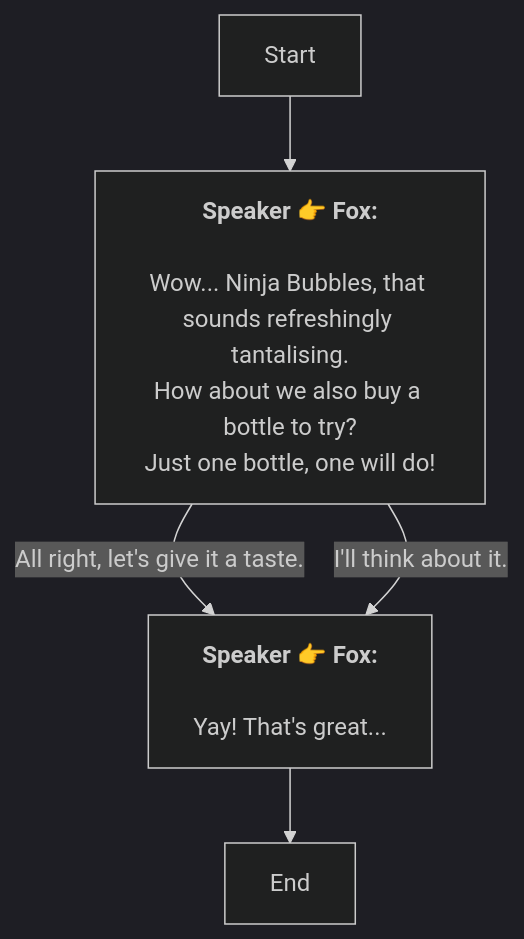
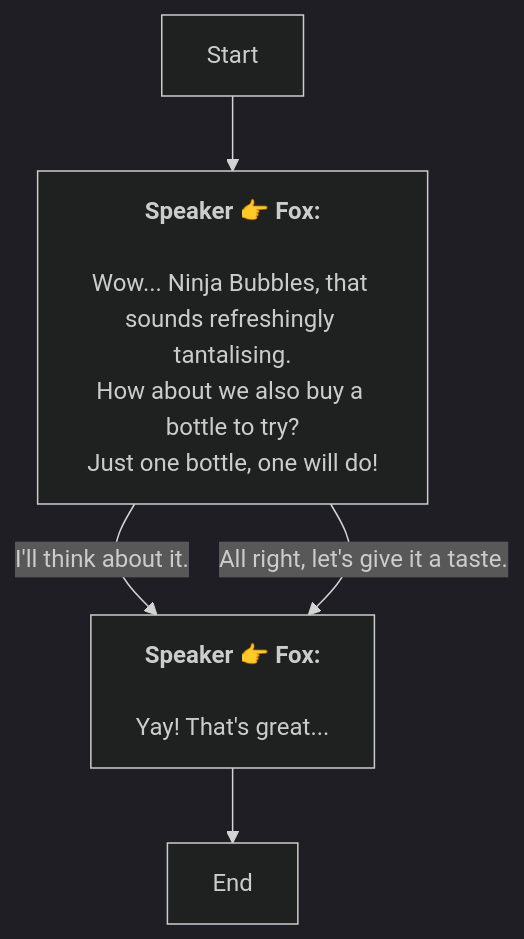
One commit to SoftHu/tos_avg changed the diagram in En/AddDialogNode_1739692900553997.md. Above: the diagram before and after it, drawn with Mermaid (dark theme). The commit also changed other lines of this file and 780 other files, not shown here.

````diff
--- a/En/AddDialogNode_1739692900553997.md
+++ b/En/AddDialogNode_1739692900553997.md
@@ -1,12 +1,12 @@
 ```mermaid
 graph
 Start -->1739694113745168[<b>Speaker 👉 Fox:</b>
 \nWow... Ninja Bubbles, that sounds refreshingly tantalising.\nHow about we also buy a bottle to try?
 Just one bottle, one will do!]
+1739694113745168 -->|I'll think about it.|1739694965072150[<b>Speaker 👉 Fox:</b>
+\nYay! That's great...]
 1739694113745168 -->|All right, let's give it a taste.|1739694965072150[<b>Speaker 👉 Fox:</b>
-\nYay! That's great...]
-1739694113745168 -->|I'll think about it.|1739694965072150[<b>Speaker 👉 Fox:</b>
 \nYay! That's great...]
 1739694965072150 -->1739695381930263[End]
 
 ```
````
